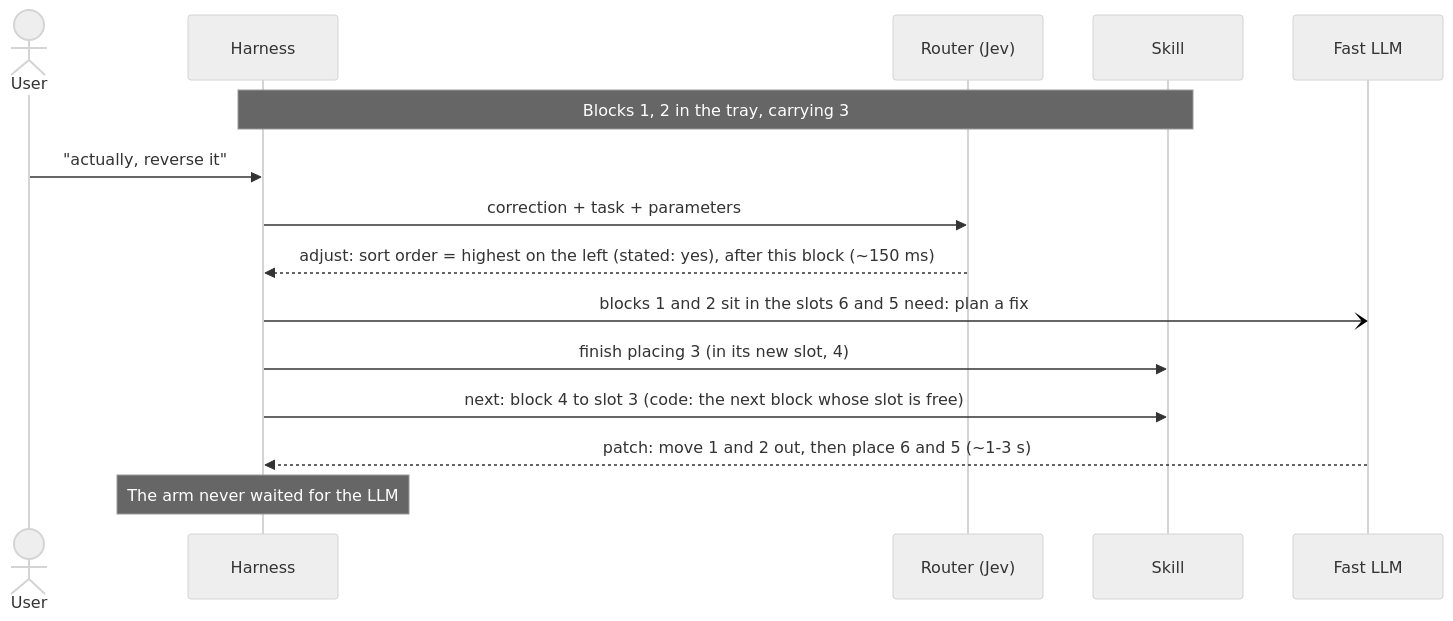
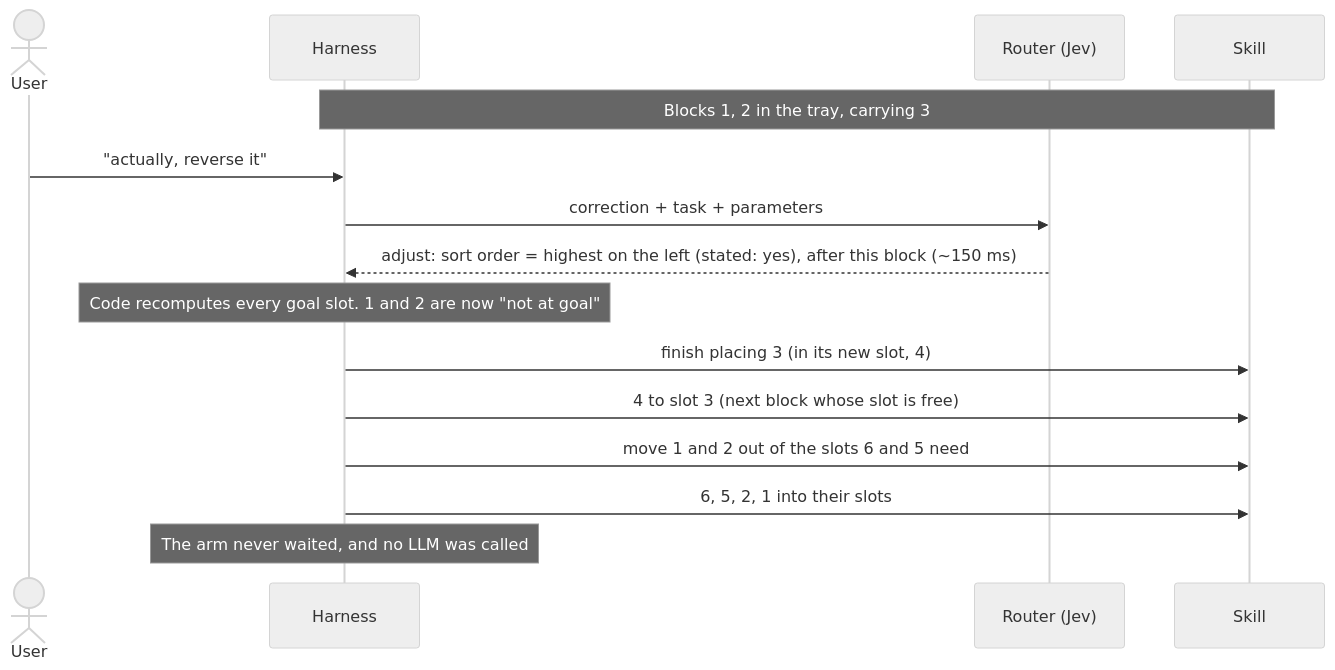
Before and after one commit to alee792/robojev: the fourth of 7 diagrams in docs/v2-diagrams.md, drawn with Mermaid (neutral theme). The commit also changed other lines of this file and 1 other file, not shown here.

Commit message:
v2: reconcile with E11/E12 results (gate on weakest confidence, not a self-assessment question; drop the complexity score; 'reverse it' needs no LLM; question-writing rules from the data; loop detector)
Claude-Session: https://claude.ai/code/session_01CGZubyWJJ7TBJUq65bzhRP

````diff
--- a/docs/v2-diagrams.md
+++ b/docs/v2-diagrams.md
@@ -130,18 +130,18 @@
 ```mermaid
 sequenceDiagram
     actor U as User
     participant H as Harness
     participant Ro as Router (Jev)
     participant K as Skill
-    participant P as Fast LLM
 
     Note over H,K: Blocks 1, 2 in the tray, carrying 3
     U->>H: "actually, reverse it"
     H->>Ro: correction + task + parameters
     Ro-->>H: adjust: sort order = highest on the left (stated: yes), after this block (~150 ms)
-    H-)P: blocks 1 and 2 sit in the slots 6 and 5 need: plan a fix
+    Note over H: Code recomputes every goal slot. 1 and 2 are now "not at goal"
     H->>K: finish placing 3 (in its new slot, 4)
-    H->>K: next: block 4 to slot 3 (code: the next block whose slot is free)
-    P-->>H: patch: move 1 and 2 out, then place 6 and 5 (~1-3 s)
-    Note over H: The arm never waited for the LLM
+    H->>K: 4 to slot 3 (next block whose slot is free)
+    H->>K: move 1 and 2 out of the slots 6 and 5 need
+    H->>K: 6, 5, 2, 1 into their slots
+    Note over H: The arm never waited, and no LLM was called
 ```
````
